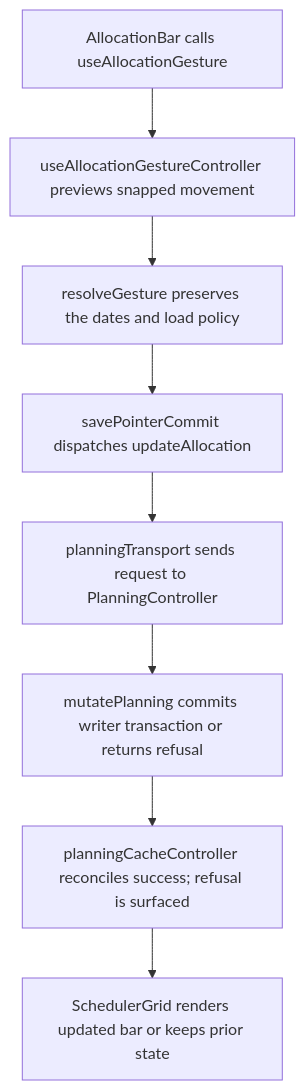
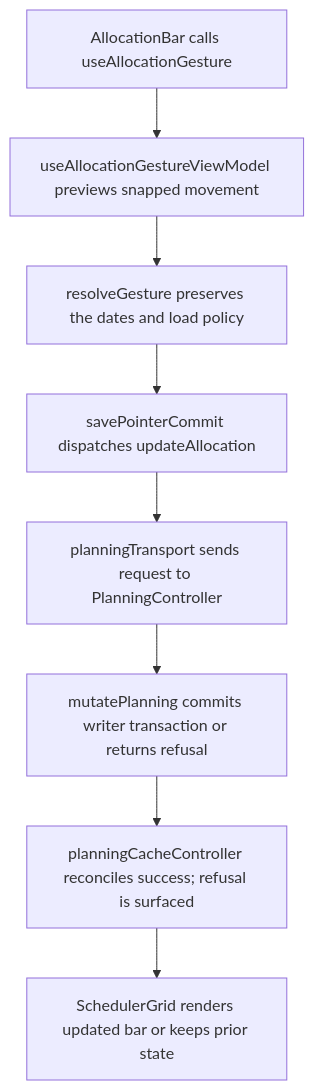
One commit to Kevinjohn/capacitylens changed the second of 2 diagrams in user-stories/scheduler/US-SCH-04-move-drag.md. Above: the diagram before and after it, drawn with Mermaid. The commit also changed other lines of this file and 33 other files, not shown here.

First line of the commit message:
Controller to view model: rename the screen hooks

````diff
--- a/user-stories/scheduler/US-SCH-04-move-drag.md
+++ b/user-stories/scheduler/US-SCH-04-move-drag.md
@@ -33,10 +33,10 @@
 ```mermaid
 flowchart TD
-  A["AllocationBar calls useAllocationGesture"] --> B["useAllocationGestureController previews snapped movement"]
+  A["AllocationBar calls useAllocationGesture"] --> B["useAllocationGestureViewModel previews snapped movement"]
   B --> C["resolveGesture preserves the dates and load policy"]
   C --> D["savePointerCommit dispatches updateAllocation"]
   D --> E["planningTransport sends request to PlanningController"]
   E --> F["mutatePlanning commits writer transaction or returns refusal"]
   F --> G["planningCacheController reconciles success; refusal is surfaced"]
   G --> H["SchedulerGrid renders updated bar or keeps prior state"]
 ```
````
